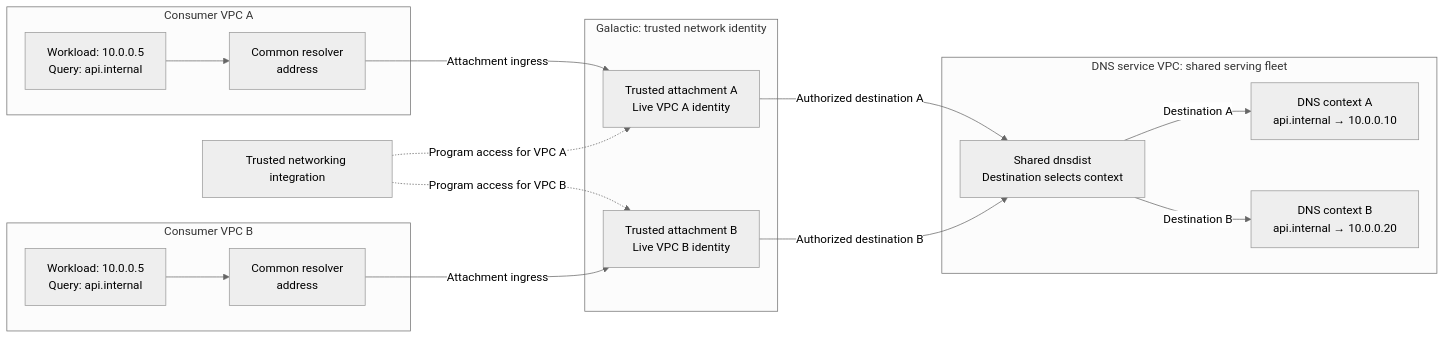
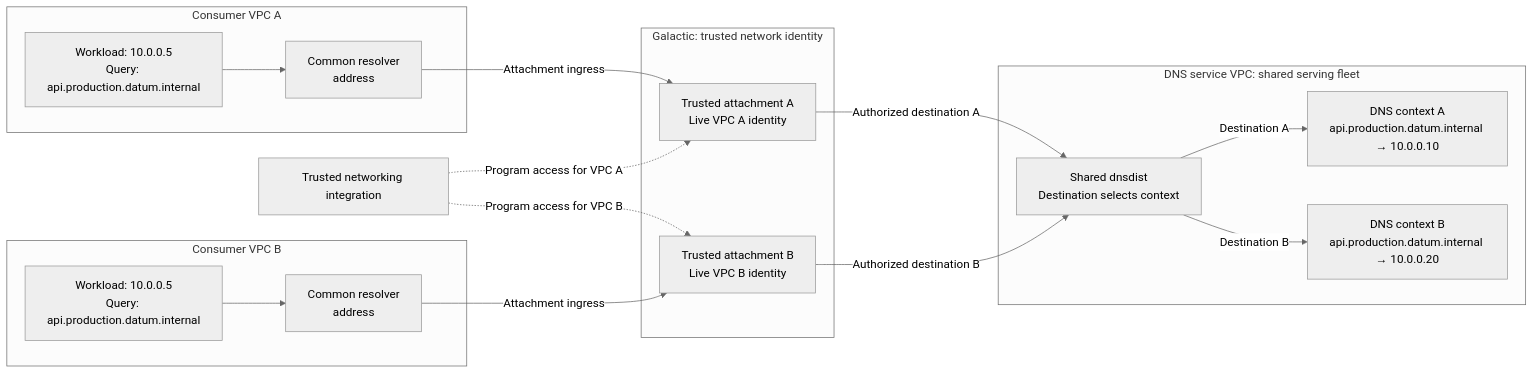
One commit to datum-cloud/enhancements changed the second of 2 diagrams in architecture/deliver/dns/internal-dns/README.md. Above: the diagram before and after it, drawn with Mermaid (neutral theme). The commit also changed other lines of this file and 1 other file, not shown here.

Commit message:
docs: use datum.internal as the default VPC DNS domain

````diff
--- a/architecture/deliver/dns/internal-dns/README.md
+++ b/architecture/deliver/dns/internal-dns/README.md
@@ -58,31 +64,31 @@
 ```mermaid
 flowchart LR
   subgraph A[Consumer VPC A]
-    WA["Workload: 10.0.0.5<br/>Query: api.internal"]
+    WA["Workload: 10.0.0.5<br/>Query: api.production.datum.internal"]
     RA[Common resolver<br/>address]
     WA --> RA
   end
   subgraph B[Consumer VPC B]
-    WB["Workload: 10.0.0.5<br/>Query: api.internal"]
+    WB["Workload: 10.0.0.5<br/>Query: api.production.datum.internal"]
     RB[Common resolver<br/>address]
     WB --> RB
   end
   I[Trusted networking integration]
   subgraph G[Galactic: trusted network identity]
     GA["Trusted attachment A<br/>Live VPC A identity"]
     GB["Trusted attachment B<br/>Live VPC B identity"]
   end
   RA -->|Attachment ingress| GA
   RB -->|Attachment ingress| GB
   I -.->|Program access for VPC A| GA
   I -.->|Program access for VPC B| GB
   subgraph S[DNS service VPC: shared serving fleet]
     D["Shared dnsdist<br/>Destination selects context"]
-    CA["DNS context A<br/>api.internal → 10.0.0.10"]
-    CB["DNS context B<br/>api.internal → 10.0.0.20"]
+    CA["DNS context A<br/>api.production.datum.internal → 10.0.0.10"]
+    CB["DNS context B<br/>api.production.datum.internal → 10.0.0.20"]
     D -->|Destination A| CA
     D -->|Destination B| CB
   end
   GA -->|Authorized destination A| D
   GB -->|Authorized destination B| D
 ```
````
